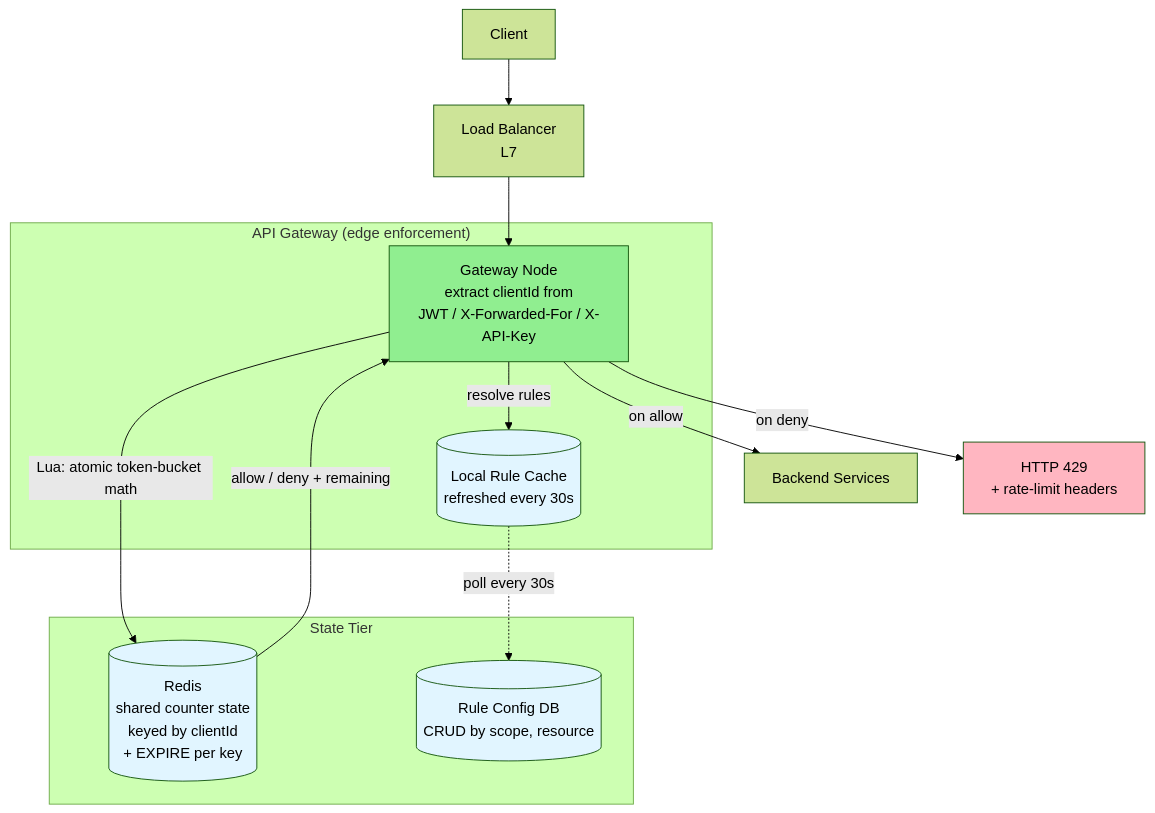
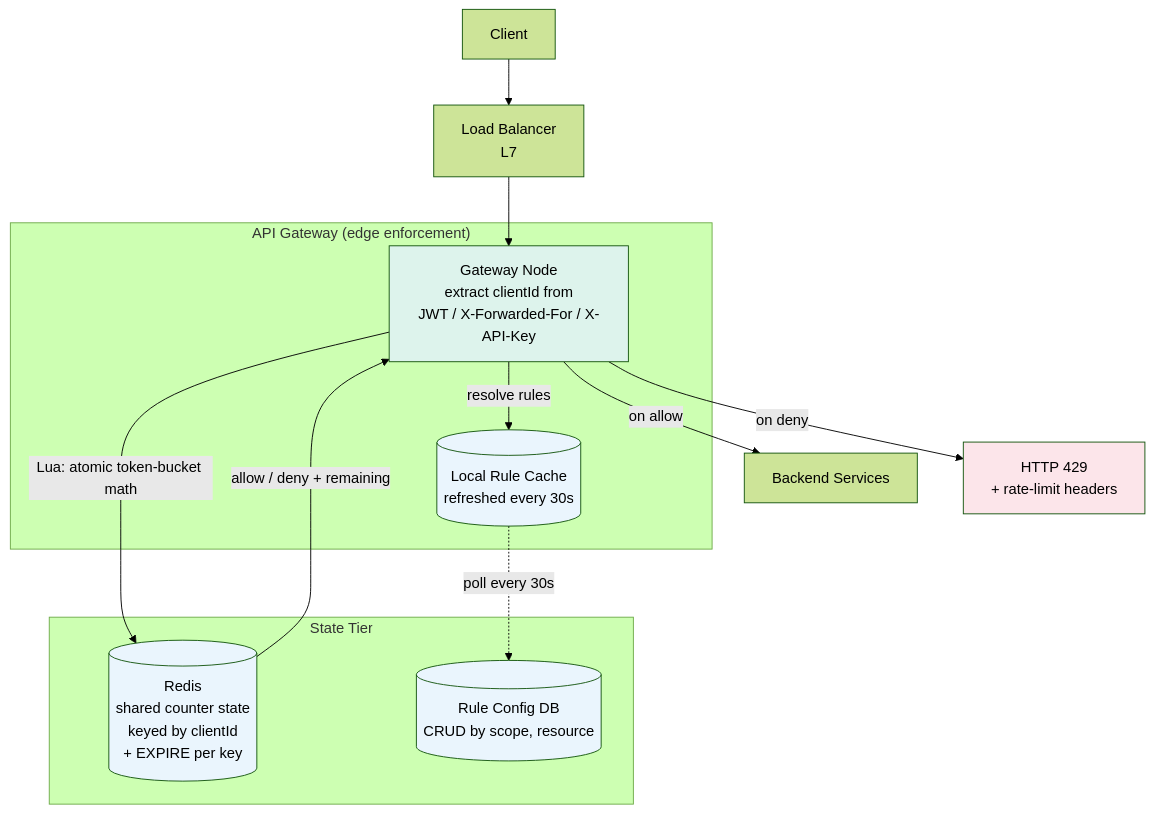
One commit to cartmancodes/InterviewVault changed the first of 5 diagrams in LLD/questions/Design Distributed Rate Limiter.md. Above: the diagram before and after it, drawn with Mermaid (forest theme). The commit also changed other lines of this file and 679 other files, not shown here.

Commit message:
Unify content diagrams and add accessible visual walkthroughs

````diff
--- a/LLD/questions/Design Distributed Rate Limiter.md
+++ b/LLD/questions/Design Distributed Rate Limiter.md
@@ -143,33 +143,33 @@
 ```mermaid
 graph TB
     C[Client]
     LB[Load Balancer<br/>L7]
 
     subgraph "API Gateway (edge enforcement)"
         GW[Gateway Node<br/>extract clientId from<br/>JWT / X-Forwarded-For / X-API-Key]
         RC[(Local Rule Cache<br/>refreshed every 30s)]
     end
 
     subgraph "State Tier"
         REDIS[(Redis<br/>shared counter state<br/>keyed by clientId<br/>+ EXPIRE per key)]
         RULES[(Rule Config DB<br/>CRUD by scope, resource)]
     end
 
     BE[Backend Services]
     R429[HTTP 429<br/>+ rate-limit headers]
 
     C --> LB
     LB --> GW
     GW -->|resolve rules| RC
     RC -.poll every 30s.-> RULES
     GW -->|Lua: atomic token-bucket math| REDIS
     REDIS -->|allow / deny + remaining| GW
     GW -->|on allow| BE
     GW -->|on deny| R429
 
-    style REDIS fill:#e1f5ff
-    style RULES fill:#e1f5ff
-    style RC fill:#e1f5ff
-    style GW fill:#90EE90
-    style R429 fill:#FFB6C1
+    style REDIS fill:#EAF5FD
+    style RULES fill:#EAF5FD
+    style RC fill:#EAF5FD
+    style GW fill:#DDF3EC
+    style R429 fill:#FCE5EA
 ```
````
